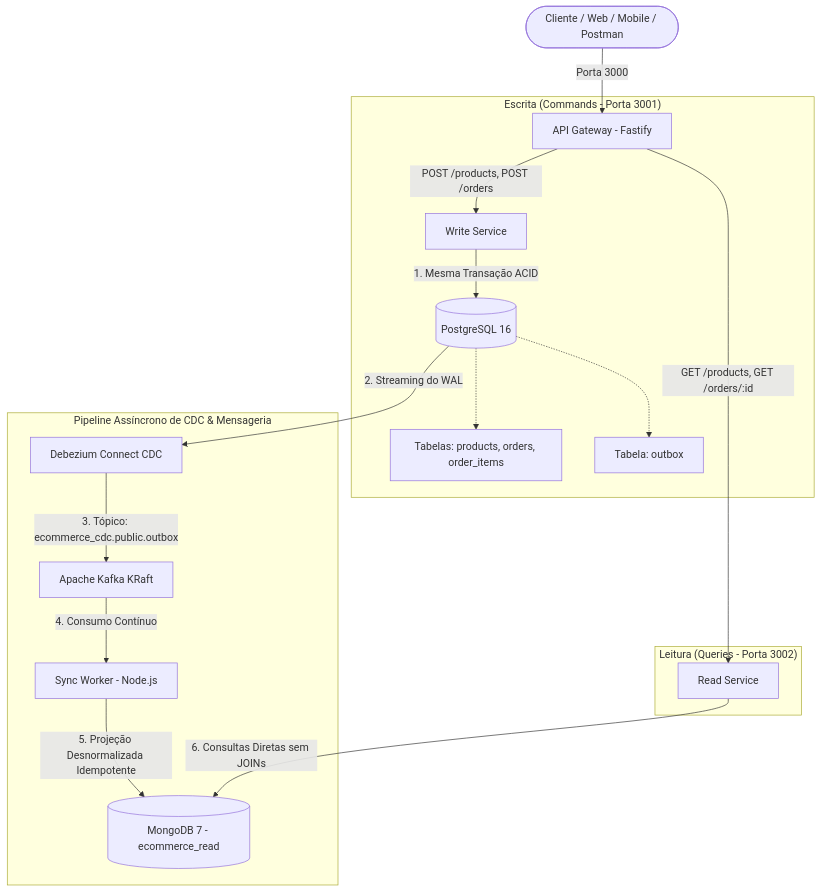
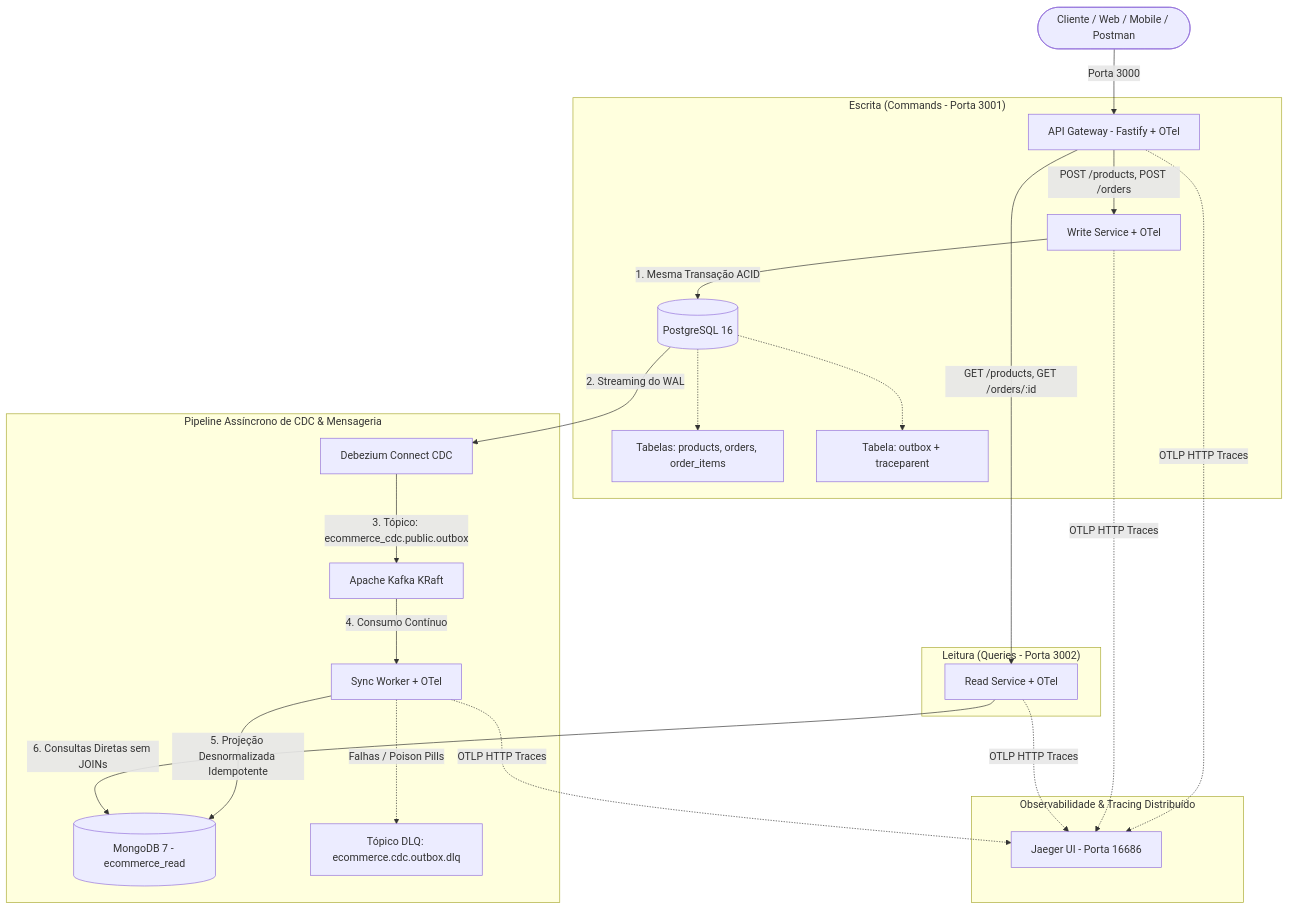
Before and after one commit to TiagoFerr/ecommerce-cqrs-cdc: the diagram in README.md, drawn with Mermaid. The commit also changed other lines of this file and 1 other file, not shown here.

Commit message:
docs(phase-5): add adr 006 and update architecture documentation for observability

````diff
--- a/README.md
+++ b/README.md
@@ -34,23 +35,31 @@
 ```mermaid
 flowchart TD
-    Client([Cliente / Web / Mobile / Postman]) -->|Porta 3000| Gateway[API Gateway - Fastify]
+    Client([Cliente / Web / Mobile / Postman]) -->|Porta 3000| Gateway[API Gateway - Fastify + OTel]
 
     subgraph "Escrita (Commands - Porta 3001)"
-        Gateway -->|POST /products, POST /orders| WS[Write Service]
+        Gateway -->|POST /products, POST /orders| WS[Write Service + OTel]
         WS -->|1. Mesma Transação ACID| PG[(PostgreSQL 16)]
         PG -.-> Tab1[Tabelas: products, orders, order_items]
-        PG -.-> Tab2[Tabela: outbox]
+        PG -.-> Tab2[Tabela: outbox + traceparent]
     end
 
     subgraph "Pipeline Assíncrono de CDC & Mensageria"
         PG -->|2. Streaming do WAL| Deb[Debezium Connect CDC]
         Deb -->|3. Tópico: ecommerce_cdc.public.outbox| K[Apache Kafka KRaft]
-        K -->|4. Consumo Contínuo| SW[Sync Worker - Node.js]
+        K -->|4. Consumo Contínuo| SW[Sync Worker + OTel]
         SW -->|5. Projeção Desnormalizada Idempotente| Mongo[(MongoDB 7 - ecommerce_read)]
+        SW -.->|Falhas / Poison Pills| DLQ[Tópico DLQ: ecommerce.cdc.outbox.dlq]
     end
 
     subgraph "Leitura (Queries - Porta 3002)"
-        Gateway -->|GET /products, GET /orders/:id| RS[Read Service]
+        Gateway -->|GET /products, GET /orders/:id| RS[Read Service + OTel]
         RS -->|6. Consultas Diretas sem JOINs| Mongo
     end
+
+    subgraph "Observabilidade & Tracing Distribuído"
+        Gateway -.->|OTLP HTTP Traces| Jaeger[Jaeger UI - Porta 16686]
+        WS -.->|OTLP HTTP Traces| Jaeger
+        SW -.->|OTLP HTTP Traces| Jaeger
+        RS -.->|OTLP HTTP Traces| Jaeger
+    end
 ```
````
